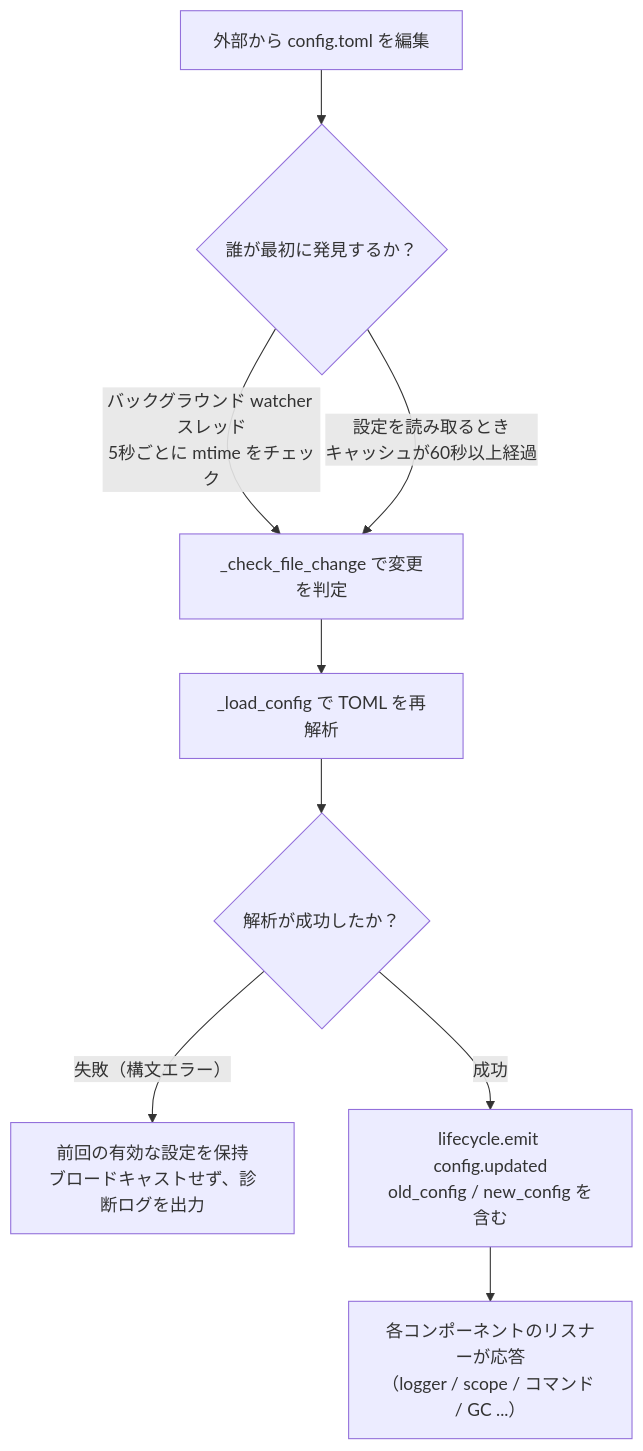
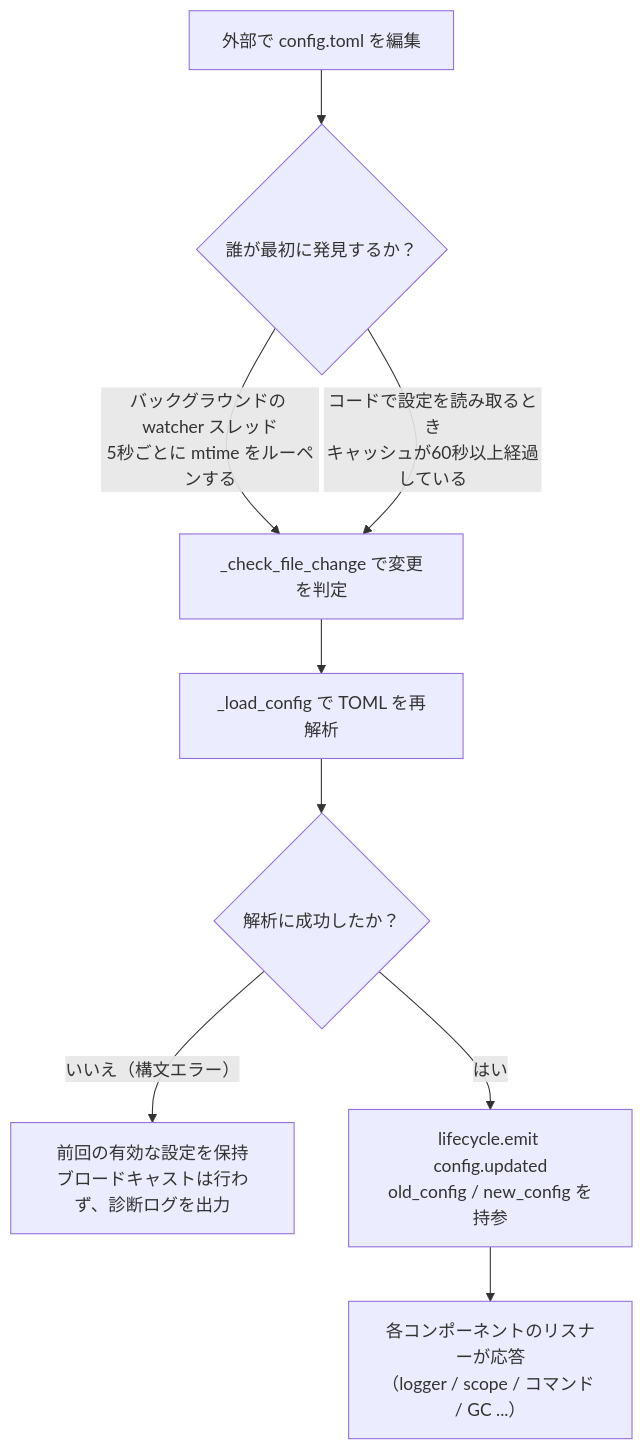
The diagram in docs/ja/user-guide/configuration.md (ErisPulse/ErisPulse), drawn with Mermaid before and after one commit. The commit also changed other lines of this file and 83 other files, not shown here.

````diff
--- a/docs/ja/user-guide/configuration.md
+++ b/docs/ja/user-guide/configuration.md
@@ -141,11 +143,11 @@
 ```mermaid
 flowchart TD
-    A["外部から config.toml を編集"] --> B{"誰が最初に発見するか？"}
-    B -->|"バックグラウンド watcher スレッド<br/>5秒ごとに mtime をチェック"| C["_check_file_change で変更を判定"]
-    B -->|"設定を読み取るとき<br/>キャッシュが60秒以上経過"| C
+    A["外部で config.toml を編集"] --> B{"誰が最初に発見するか？"}
+    B -->|"バックグラウンドの watcher スレッド<br/>5秒ごとに mtime をルーペンする"| C["_check_file_change で変更を判定"]
+    B -->|"コードで設定を読み取るとき<br/>キャッシュが60秒以上経過している"| C
     C --> D["_load_config で TOML を再解析"]
-    D --> E{"解析が成功したか？"}
-    E -->|"失敗（構文エラー）"| F["前回の有効な設定を保持<br/>ブロードキャストせず、診断ログを出力"]
-    E -->|"成功"| G["lifecycle.emit config.updated<br/>old_config / new_config を含む"]
+    D --> E{"解析に成功したか？"}
+    E -->|"いいえ（構文エラー）"| F["前回の有効な設定を保持<br/>ブロードキャストは行わず、診断ログを出力"]
+    E -->|"はい"| G["lifecycle.emit config.updated<br/>old_config / new_config を持参"]
     G --> H["各コンポーネントのリスナーが応答<br/>（logger / scope / コマンド / GC ...）"]
 ```
````
